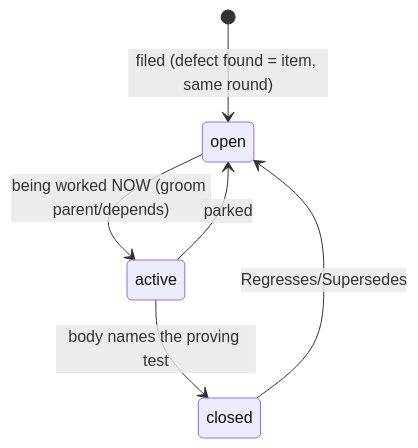
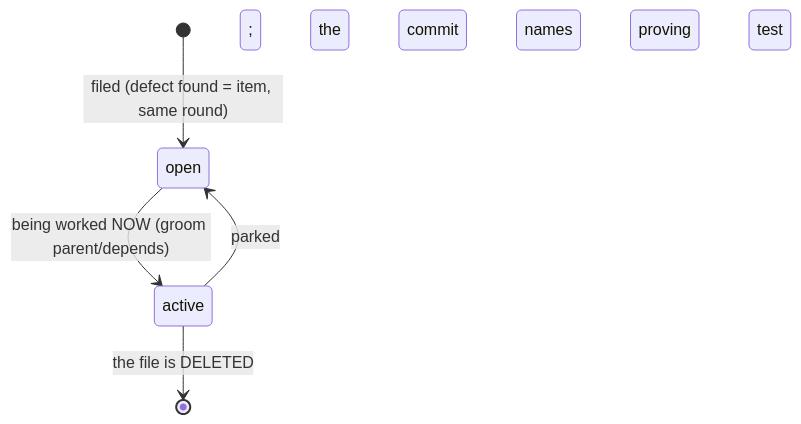
The tenth of 11 diagrams in CLAUDE.md (Weichwolf/outshine), drawn with Mermaid before and after one commit. The commit also changed other lines of this file and 5 other files, not shown here.

````diff
--- a/CLAUDE.md
+++ b/CLAUDE.md
@@ -341,8 +341,7 @@
 ```mermaid
 stateDiagram-v2
   [*] --> open : filed (defect found = item, same round)
   open --> active : being worked NOW (groom parent/depends)
-  active --> closed : body names the proving test
+  active --> [*] : the file is DELETED; the commit names the proving test
   active --> open : parked
-  closed --> open : Regresses/Supersedes
 ```
````
